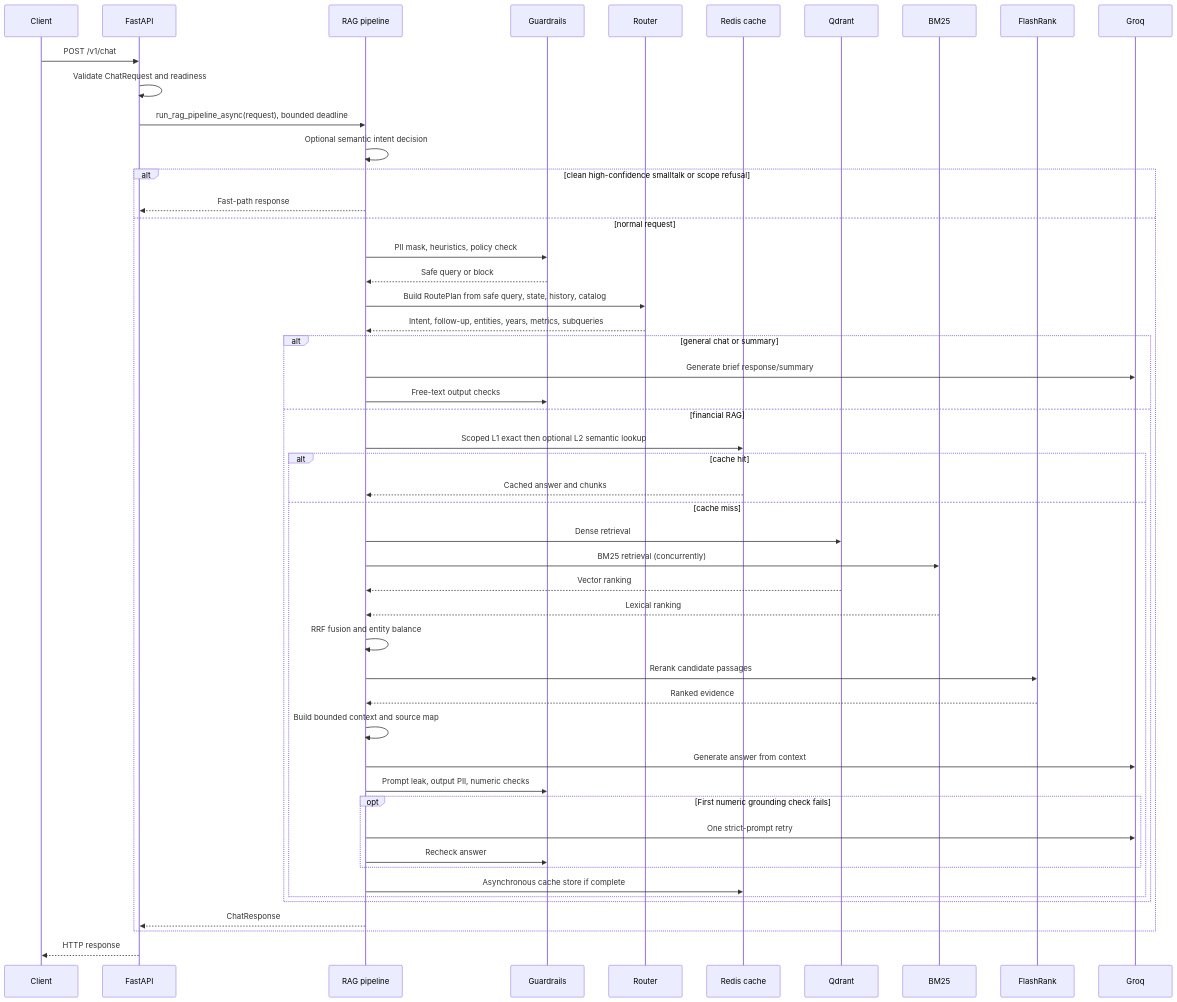
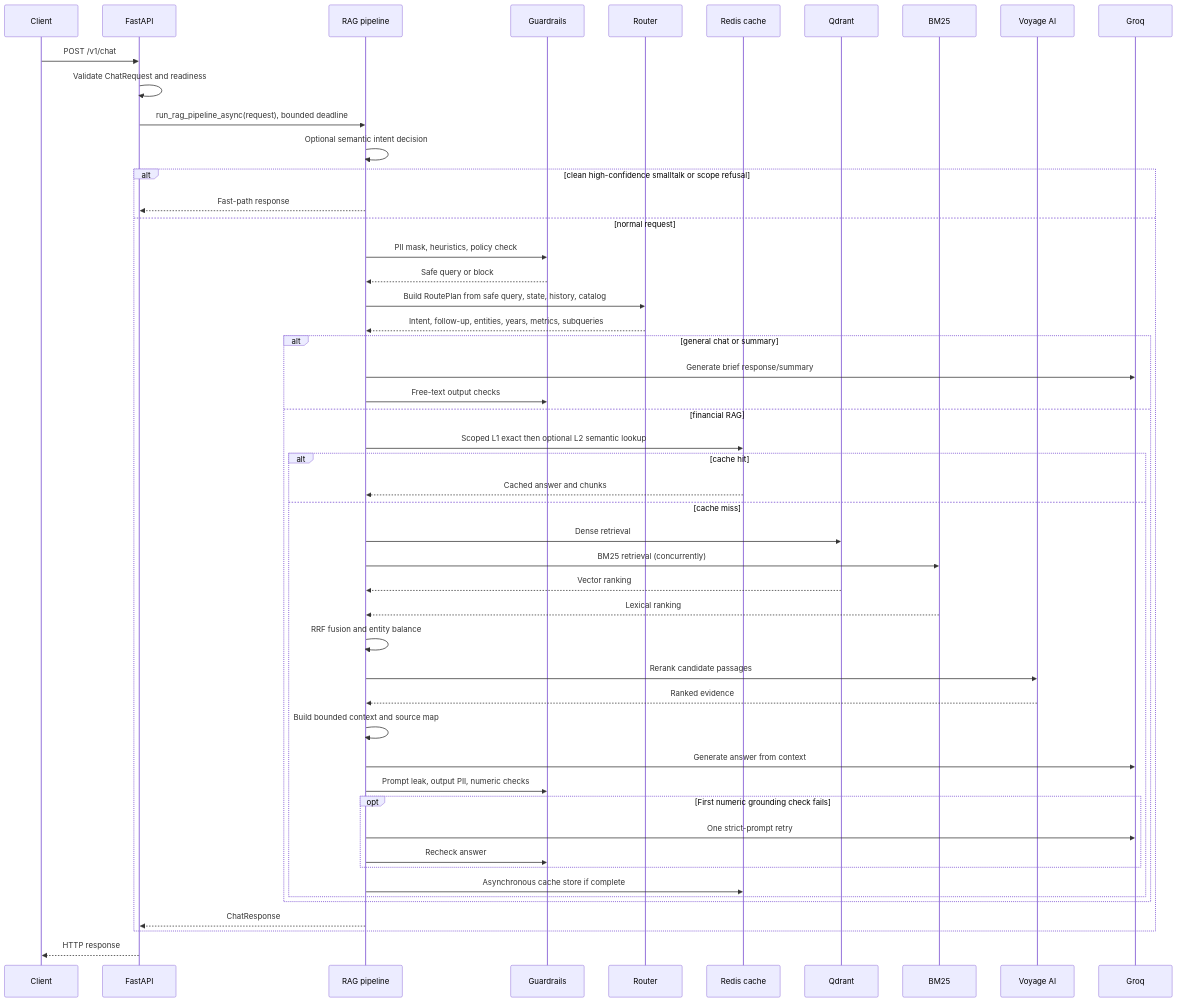
The second of 2 diagrams in z-Present/APP_SYSTEM_DESIGN.md (nithinshettygit/financial-rag-chatbot), drawn with Mermaid before and after one commit. The commit also changed other lines of this file and 2504 other files, not shown here.

````diff
--- a/z-Present/APP_SYSTEM_DESIGN.md
+++ b/z-Present/APP_SYSTEM_DESIGN.md
@@ -276,53 +430,53 @@
 ```mermaid
 sequenceDiagram
     participant C as Client
     participant F as FastAPI
     participant P as RAG pipeline
     participant G as Guardrails
     participant R as Router
     participant K as Redis cache
     participant V as Qdrant
     participant B as BM25
-    participant X as FlashRank
+    participant X as Voyage AI
     participant L as Groq
 
     C->>F: POST /v1/chat
     F->>F: Validate ChatRequest and readiness
     F->>P: run_rag_pipeline_async(request), bounded deadline
     P->>P: Optional semantic intent decision
     alt clean high-confidence smalltalk or scope refusal
         P-->>F: Fast-path response
     else normal request
         P->>G: PII mask, heuristics, policy check
         G-->>P: Safe query or block
         P->>R: Build RoutePlan from safe query, state, history, catalog
         R-->>P: Intent, follow-up, entities, years, metrics, subqueries
         alt general chat or summary
             P->>L: Generate brief response/summary
             P->>G: Free-text output checks
         else financial RAG
             P->>K: Scoped L1 exact then optional L2 semantic lookup
             alt cache hit
                 K-->>P: Cached answer and chunks
             else cache miss
                 P->>V: Dense retrieval
                 P->>B: BM25 retrieval (concurrently)
                 V-->>P: Vector ranking
                 B-->>P: Lexical ranking
                 P->>P: RRF fusion and entity balance
                 P->>X: Rerank candidate passages
                 X-->>P: Ranked evidence
                 P->>P: Build bounded context and source map
                 P->>L: Generate answer from context
                 P->>G: Prompt leak, output PII, numeric checks
                 opt First numeric grounding check fails
                     P->>L: One strict-prompt retry
                     P->>G: Recheck answer
                 end
                 P->>K: Asynchronous cache store if complete
             end
         end
         P-->>F: ChatResponse
     end
     F-->>C: HTTP response
 ```
````
